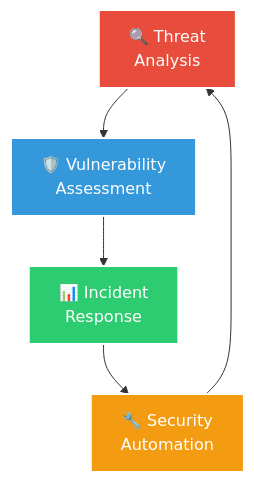
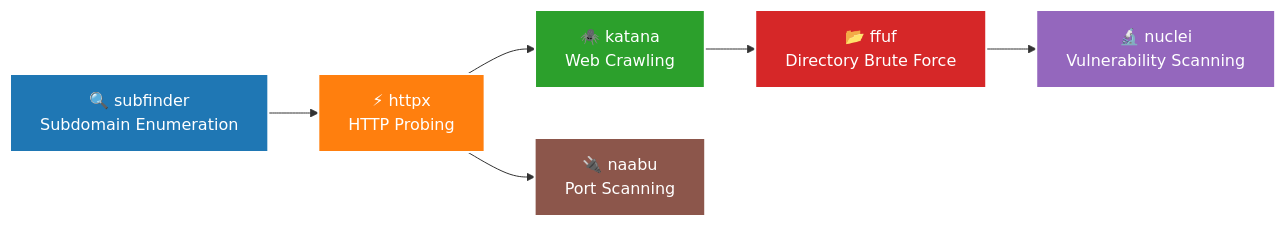
Before and after one commit to IaKalandia/IaKalandia: the diagram in README.md, drawn with Mermaid. The commit also changed other lines of this file, not shown here.

Commit message:
Update profile: security researcher with bug bounty findings and OpenSSF focus

````diff
--- a/README.md
+++ b/README.md
@@ -77,12 +107,15 @@
 ```mermaid
-graph TD
-    A[🔍 Threat<br/>Analysis] --> B[🛡️ Vulnerability<br/>Assessment]
-    B --> C[📊 Incident<br/>Response]
-    C --> D[🔧 Security<br/>Automation]
-    D --> A
+graph LR
+    A[🔍 subfinder<br/>Subdomain Enumeration] --> B[⚡ httpx<br/>HTTP Probing]
+    B --> C[🕷️ katana<br/>Web Crawling]
+    C --> D[📂 ffuf<br/>Directory Brute Force]
+    D --> E[🔬 nuclei<br/>Vulnerability Scanning]
+    B --> F[🔌 naabu<br/>Port Scanning]
     
-    style A fill:#e74c3c,stroke:#fff,stroke-width:2px,color:#fff
-    style B fill:#3498db,stroke:#fff,stroke-width:2px,color:#fff
-    style C fill:#2ecc71,stroke:#fff,stroke-width:2px,color:#fff
-    style D fill:#f39c12,stroke:#fff,stroke-width:2px,color:#fff
+    style A fill:#1f77b4,stroke:#fff,stroke-width:2px,color:#fff
+    style B fill:#ff7f0e,stroke:#fff,stroke-width:2px,color:#fff
+    style C fill:#2ca02c,stroke:#fff,stroke-width:2px,color:#fff
+    style D fill:#d62728,stroke:#fff,stroke-width:2px,color:#fff
+    style E fill:#9467bd,stroke:#fff,stroke-width:2px,color:#fff
+    style F fill:#8c564b,stroke:#fff,stroke-width:2px,color:#fff
 ```
````
